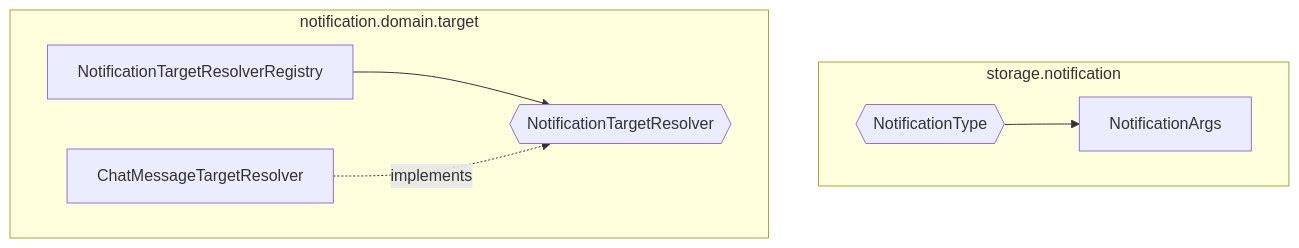
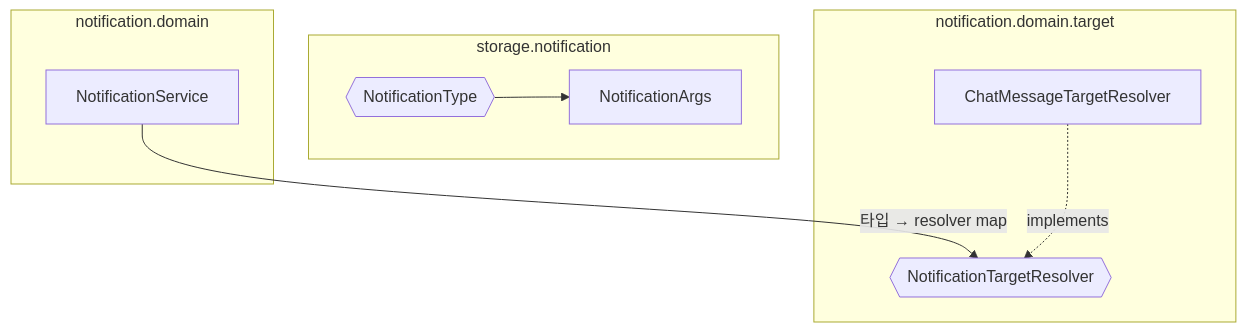
The fourth of 4 diagrams in apps/api/docs/notification-architecture.md (mortonCareer/bconnect), drawn with Mermaid before and after one commit. The commit also changed other lines of this file and 2 other files, not shown here.

Commit message:
refactor(be): 알림 resolver 조회를 NotificationService 로 흡수

````diff
--- a/apps/api/docs/notification-architecture.md
+++ b/apps/api/docs/notification-architecture.md
@@ -177,15 +175,17 @@
 ```mermaid
 graph TD
     subgraph storage.notification
         Type{{NotificationType}}
         Args[NotificationArgs]
     end
+    subgraph notification.domain
+        Svc[NotificationService]
+    end
     subgraph notification.domain.target
-        Reg[NotificationTargetResolverRegistry]
         R{{NotificationTargetResolver}}
         Chat[ChatMessageTargetResolver]
     end
-    Reg --> R
+    Svc -- 타입 → resolver map --> R
     Chat -.implements.-> R
     Type --> Args
 ```
````
